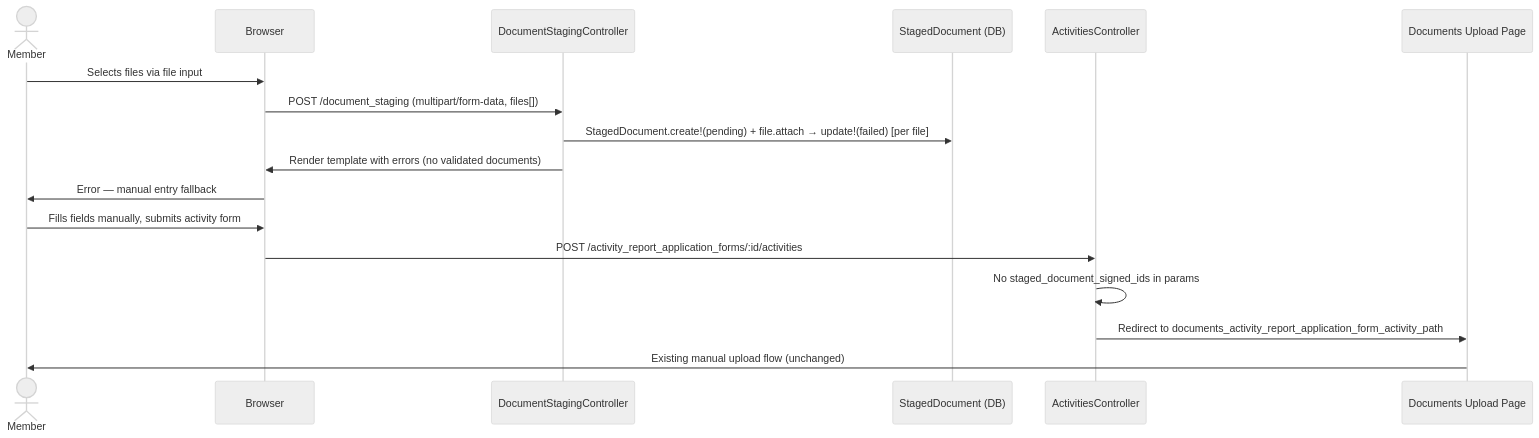
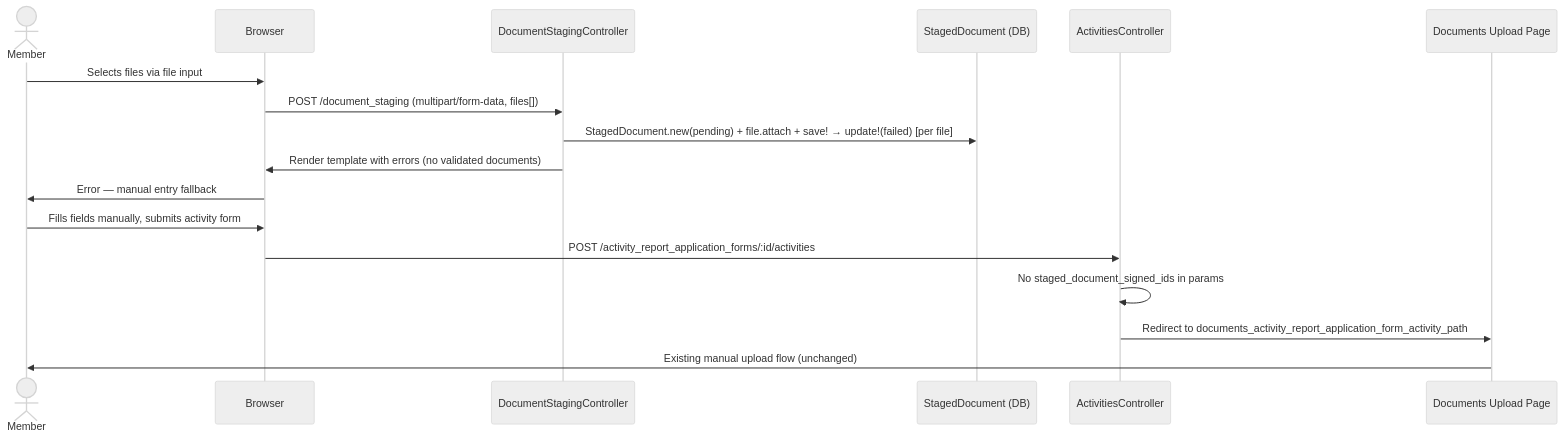
The fourth of 7 diagrams in docs/architecture/doc-ai-integration/doc-ai-api.md (navapbc/oscer), drawn with Mermaid (neutral theme) before and after one commit. The commit also changed other lines of this file, not shown here.

````diff
--- a/docs/architecture/doc-ai-integration/doc-ai-api.md
+++ b/docs/architecture/doc-ai-integration/doc-ai-api.md
@@ -179,21 +178,21 @@
 ```mermaid
 sequenceDiagram
     actor Member
     participant Browser
     participant Staging as DocumentStagingController
     participant DB as StagedDocument (DB)
     participant Activities as ActivitiesController
     participant Upload as Documents Upload Page
 
     Member->>Browser: Selects files via file input
     Browser->>Staging: POST /document_staging (multipart/form-data, files[])
-    Staging->>DB: StagedDocument.create!(pending) + file.attach → update!(failed) [per file]
+    Staging->>DB: StagedDocument.new(pending) + file.attach + save! → update!(failed) [per file]
     Staging->>Browser: Render template with errors (no validated documents)
     Browser->>Member: Error — manual entry fallback
 
     Member->>Browser: Fills fields manually, submits activity form
     Browser->>Activities: POST /activity_report_application_forms/:id/activities
     Activities->>Activities: No staged_document_signed_ids in params
     Activities->>Upload: Redirect to documents_activity_report_application_form_activity_path
     Upload->>Member: Existing manual upload flow (unchanged)
 ```
````
